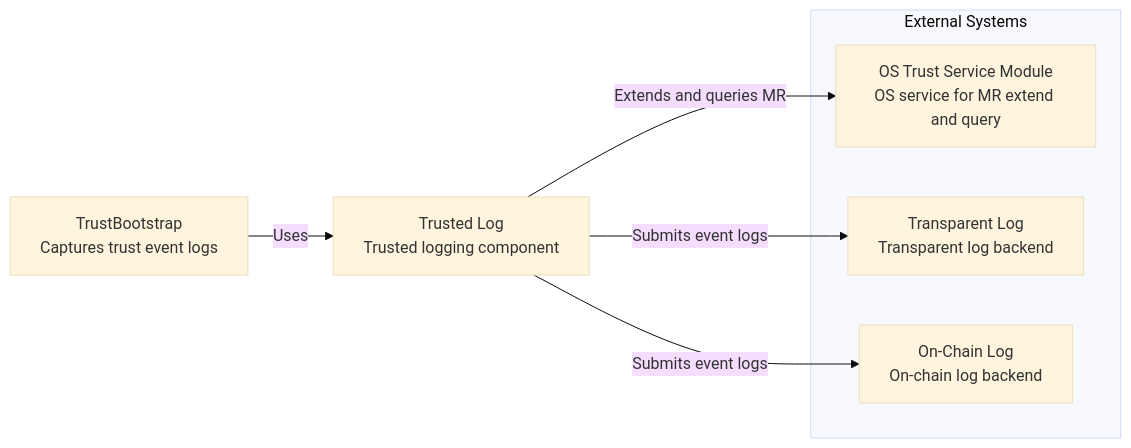
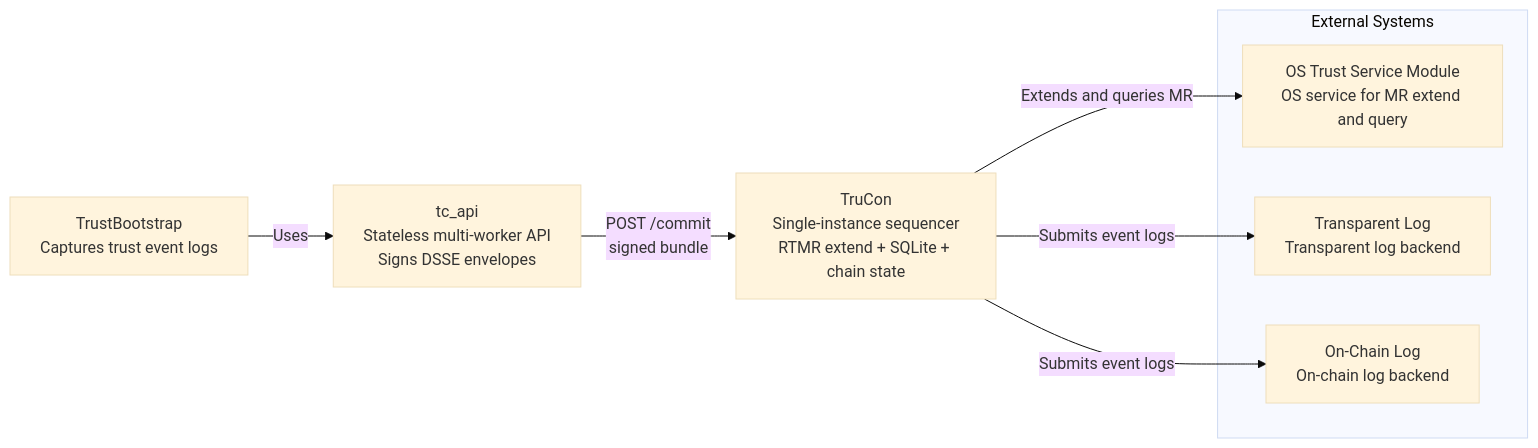
Before and after one commit to intel/confidential-computing-zoo: the first of 7 diagrams in trusted-log/architecture.md, drawn with Mermaid (base theme). The commit also changed other lines of this file and 37 other files, not shown here.

Commit message:
Refactor architecture

````diff
--- a/trusted-log/architecture.md
+++ b/trusted-log/architecture.md
@@ -27,16 +31,18 @@
 ```mermaid
 flowchart LR
     TrustBootstrap["TrustBootstrap<br/>Captures trust event logs"]
-    TrustLog["Trusted Log<br/>Trusted logging component"]
+    TcApi["tc_api<br/>Stateless multi-worker API<br/>Signs DSSE envelopes"]
+    TrustApi["TruCon<br/>Single-instance sequencer<br/>RTMR extend + SQLite + chain state"]
 
     subgraph ExternalSystems[External Systems]
         OSTSM["OS Trust Service Module<br/>OS service for MR extend and query"]
         TransparentLog["Transparent Log<br/>Transparent log backend"]
         OnChainLog["On-Chain Log<br/>On-chain log backend"]
     end
 
-    TrustBootstrap -->|Uses| TrustLog
-    TrustLog -->|Extends and queries MR| OSTSM
-    TrustLog -->|Submits event logs| TransparentLog
-    TrustLog -->|Submits event logs| OnChainLog
+    TrustBootstrap -->|Uses| TcApi
+    TcApi -->|POST /commit<br/>signed bundle| TrustApi
+    TrustApi -->|Extends and queries MR| OSTSM
+    TrustApi -->|Submits event logs| TransparentLog
+    TrustApi -->|Submits event logs| OnChainLog
 ```
````
